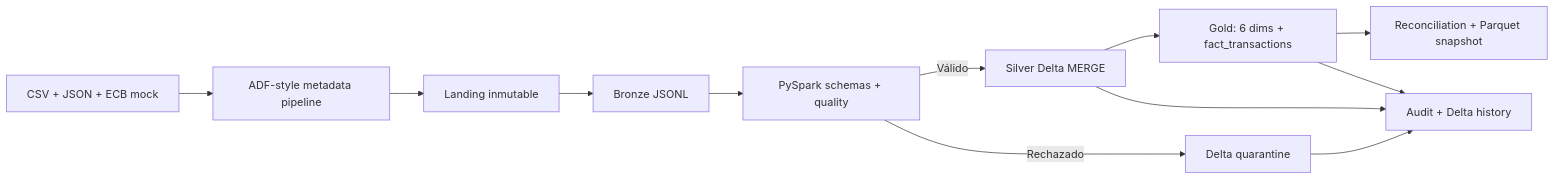
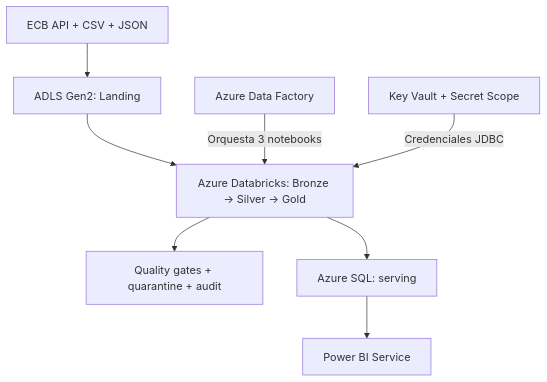
Before and after one commit to franciscosalaspla/data-engineering-portfolio: the diagram in 23-azure-adf-databricks-bank-fx/README.md, drawn with Mermaid. The commit also changed other lines of this file and 7 other files, not shown here.

````diff
--- a/23-azure-adf-databricks-bank-fx/README.md
+++ b/23-azure-adf-databricks-bank-fx/README.md
@@ -36,14 +11,10 @@
 ```mermaid
-flowchart LR
-    S["CSV + JSON + ECB mock"] --> A["ADF-style metadata pipeline"]
-    A --> L["Landing inmutable"]
-    L --> B["Bronze JSONL"]
-    B --> P["PySpark schemas + quality"]
-    P -->|Válido| D["Silver Delta MERGE"]
-    P -->|Rechazado| Q["Delta quarantine"]
-    D --> G["Gold: 6 dims + fact_transactions"]
-    G --> R["Reconciliation + Parquet snapshot"]
-    D --> U["Audit + Delta history"]
-    G --> U
-    Q --> U
+flowchart TD
+    S["ECB API + CSV + JSON"] --> L["ADLS Gen2: Landing"]
+    L --> D["Azure Databricks: Bronze → Silver → Gold"]
+    A["Azure Data Factory"] -->|"Orquesta 3 notebooks"| D
+    D --> Q["Quality gates + quarantine + audit"]
+    D --> SQL["Azure SQL: serving"]
+    SQL --> BI["Power BI Service"]
+    K["Key Vault + Secret Scope"] -->|"Credenciales JDBC"| D
 ```
````
